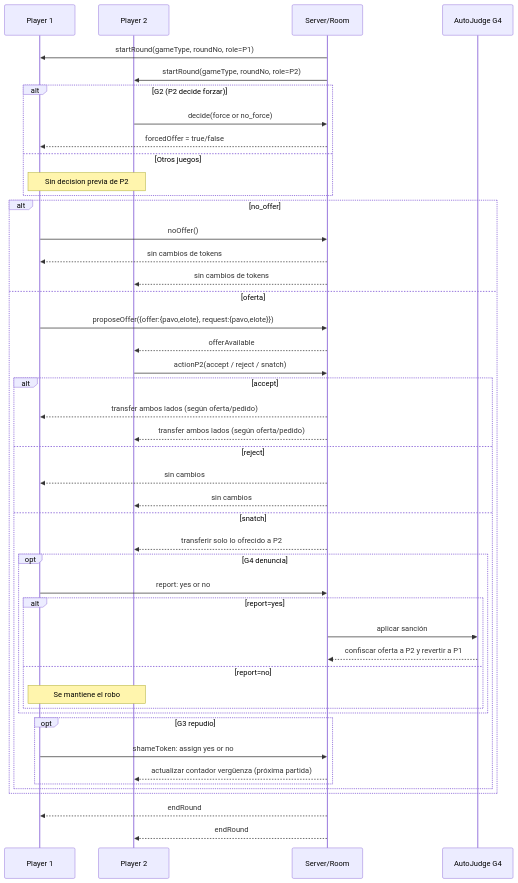
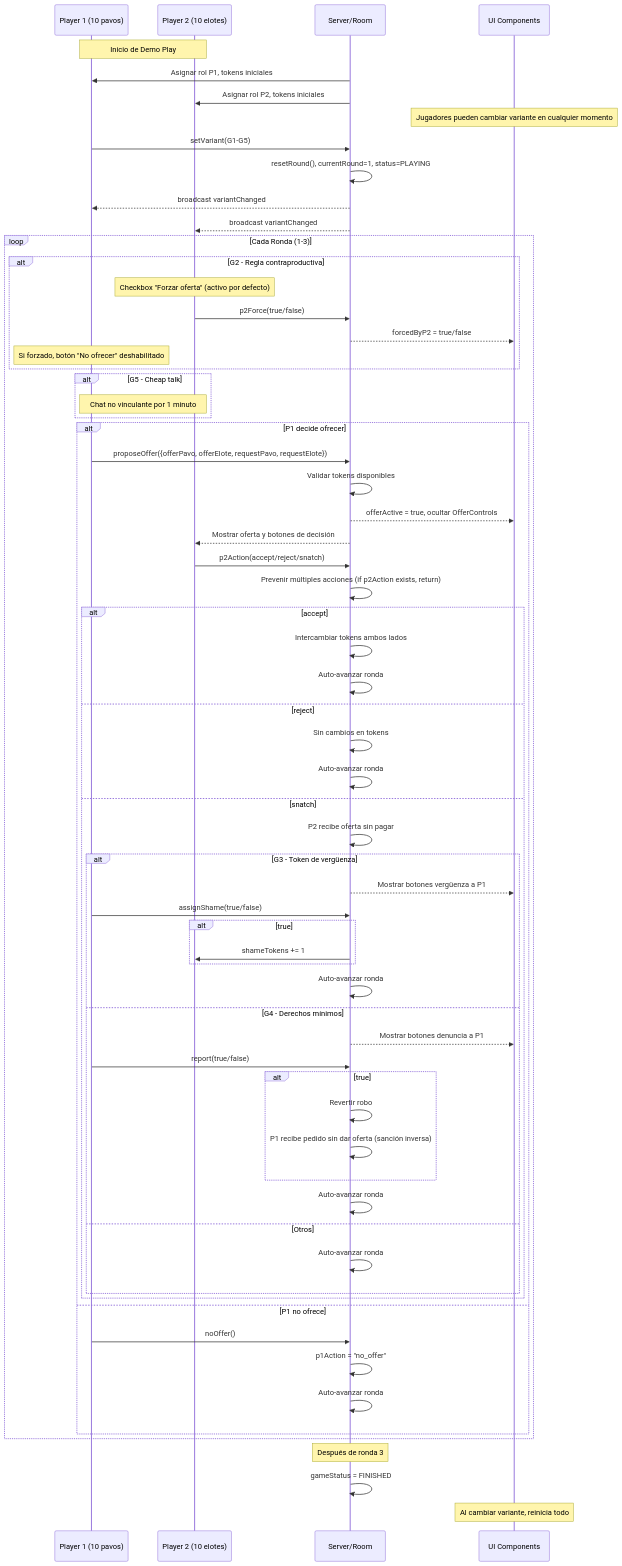
One commit to josedario87/snatchgame changed the fourth of 11 diagrams in game-design-mermaid.md. Above: the diagram before and after it, drawn with Mermaid. The commit also changed other lines of this file and 8 other files, not shown here.

Commit message:
arreglados los mermaids

````diff
--- a/game-design-mermaid.md
+++ b/game-design-mermaid.md
@@ -87,53 +196,78 @@
 ```mermaid
 %% game-sequence.mmd
 sequenceDiagram
-  participant P1 as Player 1
-  participant P2 as Player 2
+  participant P1 as Player 1 (10 pavos)
+  participant P2 as Player 2 (10 elotes)
   participant S as Server/Room
-  participant AJ as AutoJudge G4
+  participant UI as UI Components
 
-  S->>P1: startRound(gameType, roundNo, role=P1)
-  S->>P2: startRound(gameType, roundNo, role=P2)
+  Note over P1,P2: Inicio de Demo Play
+  S->>P1: Asignar rol P1, tokens iniciales
+  S->>P2: Asignar rol P2, tokens iniciales
+  
+  Note over UI: Jugadores pueden cambiar variante en cualquier momento
+  P1->>S: setVariant(G1-G5)
+  S->>S: resetRound(), currentRound=1, status=PLAYING
+  S-->>P1: broadcast variantChanged
+  S-->>P2: broadcast variantChanged
 
-  alt G2 (P2 decide forzar)
-    P2->>S: decide(force or no_force)
-    S-->>P1: forcedOffer = true/false
-  else Otros juegos
-    Note over P1,P2: Sin decision previa de P2
-  end
+  loop Cada Ronda (1-3)
+    alt G2 - Regla contraproductiva
+      Note over P2: Checkbox "Forzar oferta" (activo por defecto)
+      P2->>S: p2Force(true/false)
+      S-->>UI: forcedByP2 = true/false
+      Note over P1: Si forzado, botón "No ofrecer" deshabilitado
+    end
 
-  alt no_offer
-    P1->>S: noOffer()
-    S-->>P1: sin cambios de tokens
-    S-->>P2: sin cambios de tokens
-  else oferta
-    P1->>S: proposeOffer({offer:{pavo,elote}, request:{pavo,elote}})
-    S-->>P2: offerAvailable
-    P2->>S: actionP2(accept / reject / snatch)
-    alt accept
-      S-->>P1: transfer ambos lados (según oferta/pedido)
-      S-->>P2: transfer ambos lados (según oferta/pedido)
-    else reject
-      S-->>P1: sin cambios
-      S-->>P2: sin cambios
-    else snatch
-      S-->>P2: transferir solo lo ofrecido a P2
-      opt G4 denuncia
-        P1->>S: report: yes or no
-        alt report=yes
-          S->>AJ: aplicar sanción
-          AJ-->>S: confiscar oferta a P2 y revertir a P1
-        else report=no
-          Note over P1,P2: Se mantiene el robo
+    alt G5 - Cheap talk
+      Note over P1,P2: Chat no vinculante por 1 minuto
+    end
+
+    alt P1 decide ofrecer
+      P1->>S: proposeOffer({offerPavo, offerElote, requestPavo, requestElote})
+      S->>S: Validar tokens disponibles
+      S-->>UI: offerActive = true, ocultar OfferControls
+      S-->>P2: Mostrar oferta y botones de decisión
+      
+      P2->>S: p2Action(accept/reject/snatch)
+      S->>S: Prevenir múltiples acciones (if p2Action exists, return)
+      
+      alt accept
+        S->>S: Intercambiar tokens ambos lados
+        S->>S: Auto-avanzar ronda
+      else reject  
+        S->>S: Sin cambios en tokens
+        S->>S: Auto-avanzar ronda
+      else snatch
+        S->>S: P2 recibe oferta sin pagar
+        
+        alt G3 - Token de vergüenza
+          S-->>UI: Mostrar botones vergüenza a P1
+          P1->>S: assignShame(true/false)
+          alt true
+            S->>P2: shameTokens += 1
+          end
+          S->>S: Auto-avanzar ronda
+        else G4 - Derechos mínimos
+          S-->>UI: Mostrar botones denuncia a P1
+          P1->>S: report(true/false)
+          alt true
+            S->>S: Revertir robo
+            S->>S: P1 recibe pedido sin dar oferta (sanción inversa)
+          end
+          S->>S: Auto-avanzar ronda
+        else Otros
+          S->>S: Auto-avanzar ronda
         end
       end
-      opt G3 repudio
-        P1->>S: shameToken: assign yes or no
-        S-->>P2: actualizar contador vergüenza (próxima partida)
-      end
+    else P1 no ofrece
+      P1->>S: noOffer()
+      S->>S: p1Action = "no_offer"
+      S->>S: Auto-avanzar ronda
     end
   end
 
-  S-->>P1: endRound
-  S-->>P2: endRound
+  Note over S: Después de ronda 3
+  S->>S: gameStatus = FINISHED
+  Note over UI: Al cambiar variante, reinicia todo
 ```
````
